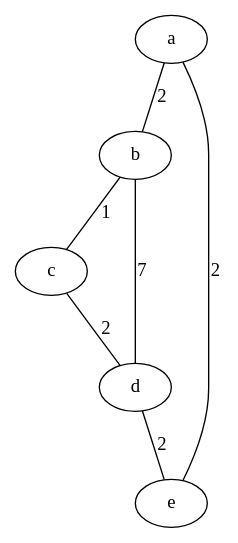
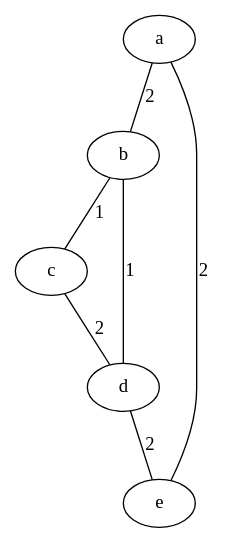
One commit to modu/website_grokit_ca changed the diagram in articles/web_cs_review/ShortestPathDijkstra/undirected_weighted_graph_simple3.dot. Above: the diagram before and after it, drawn with Graphviz. The commit also changed 4 other files, not shown here.

```diff
--- a/articles/web_cs_review/ShortestPathDijkstra/undirected_weighted_graph_simple3.dot
+++ b/articles/web_cs_review/ShortestPathDijkstra/undirected_weighted_graph_simple3.dot
@@ -1,8 +1,8 @@
 graph {
     a -- b [weight="2", label="2"];
     b -- c [weight="1", label="1"];
     c -- d [weight="2", label="2"];
-    b -- d [weight="7", label="7"];
+    b -- d [weight="1", label="1"];
     e -- a [weight="2", label="2"];
     d -- e [weight="2", label="2"];
 }
```
